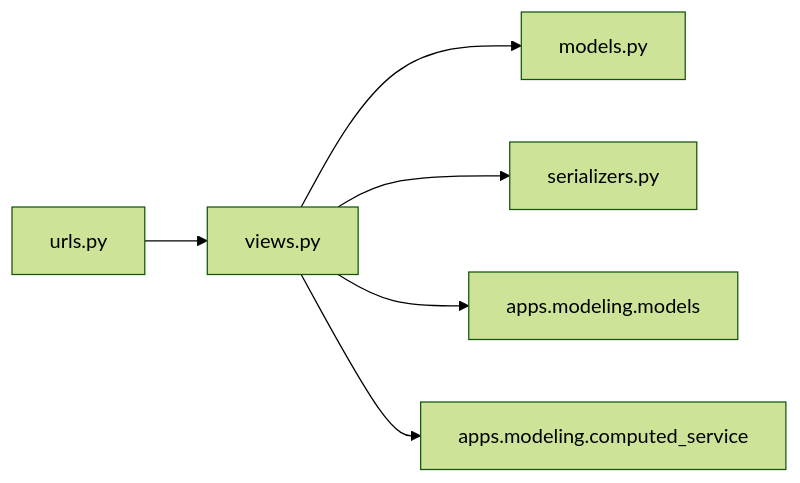
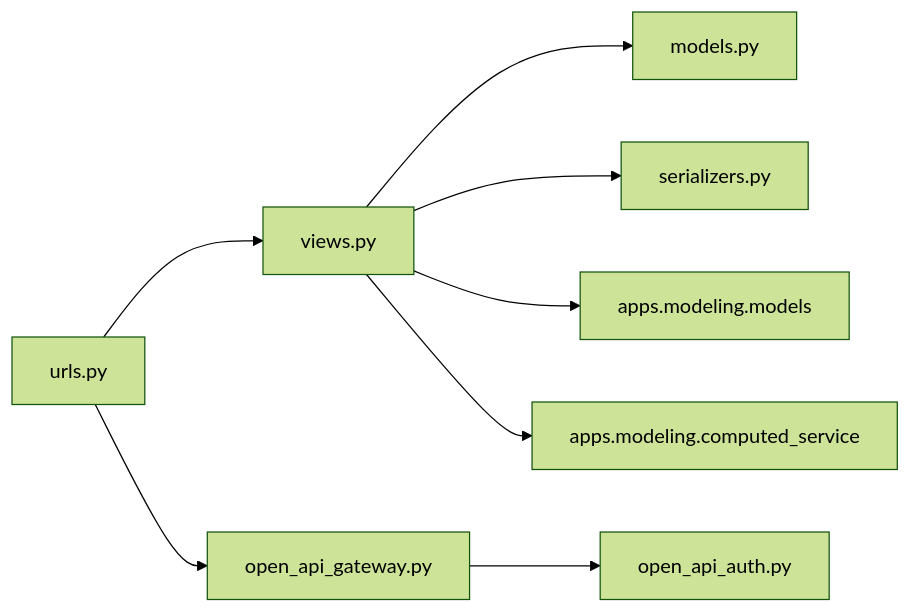
Before and after one commit to zyp-coder/Metadata: the eighth of 8 diagrams in .qoder/repowiki/zh/content/API参考文档/档案管理API/档案管理API.md, drawn with Mermaid (forest theme). The commit also changed other lines of this file and 54 other files, not shown here.

````diff
--- a/.qoder/repowiki/zh/content/API参考文档/档案管理API/档案管理API.md
+++ b/.qoder/repowiki/zh/content/API参考文档/档案管理API/档案管理API.md
@@ -247,8 +326,10 @@
 ```mermaid
 graph LR
 U["urls.py"] --> V["views.py"]
+U --> G["open_api_gateway.py"]
+G --> A["open_api_auth.py"]
 V --> M["models.py"]
 V --> S["serializers.py"]
 V --> MD["apps.modeling.models"]
 V --> CS["apps.modeling.computed_service"]
 ```
````
